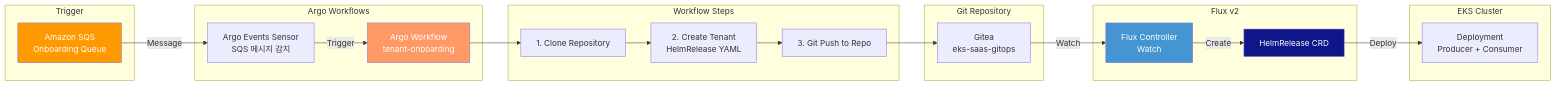
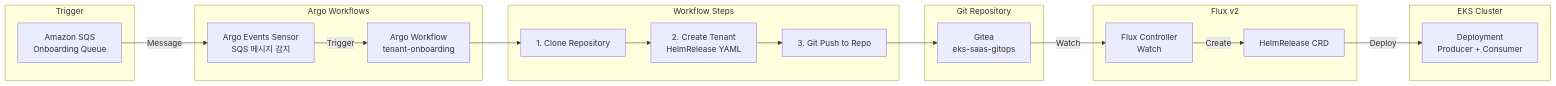
One commit to juwon8891/juwon8891.github.io changed the seventh of 7 diagrams in docs/eks/week6-cicd.md. Above: the diagram before and after it, drawn with Mermaid. The commit also changed other lines of this file and 18 other files, not shown here.

Commit message:
Remove bright colors from Mermaid diagrams for dark mode compatibility

````diff
--- a/docs/eks/week6-cicd.md
+++ b/docs/eks/week6-cicd.md
@@ -1130,45 +1110,41 @@
 ```mermaid
 graph LR
     subgraph "Trigger"
         SQS[Amazon SQS<br/>Onboarding Queue]
     end
 
     subgraph "Argo Workflows"
         SENSOR[Argo Events Sensor<br/>SQS 메시지 감지]
         WF[Argo Workflow<br/>tenant-onboarding]
     end
 
     subgraph "Workflow Steps"
         S1[1. Clone Repository]
         S2[2. Create Tenant<br/>HelmRelease YAML]
         S3[3. Git Push to Repo]
     end
 
     subgraph "Git Repository"
         GR[Gitea<br/>eks-saas-gitops]
     end
 
     subgraph "Flux v2"
         FC[Flux Controller<br/>Watch]
         HR[HelmRelease CRD]
     end
 
     subgraph "EKS Cluster"
         DEPLOY[Deployment<br/>Producer + Consumer]
     end
 
     SQS -->|Message| SENSOR
     SENSOR -->|Trigger| WF
     WF --> S1
     S1 --> S2
     S2 --> S3
     S3 --> GR
     GR -->|Watch| FC
     FC -->|Create| HR
     HR -->|Deploy| DEPLOY
 
-    style SQS fill:#FF9900,color:#fff
-    style WF fill:#f96,color:#fff
-    style FC fill:#4495d1,color:#fff
-    style HR fill:#0f1689,color:#fff
 ```
````
